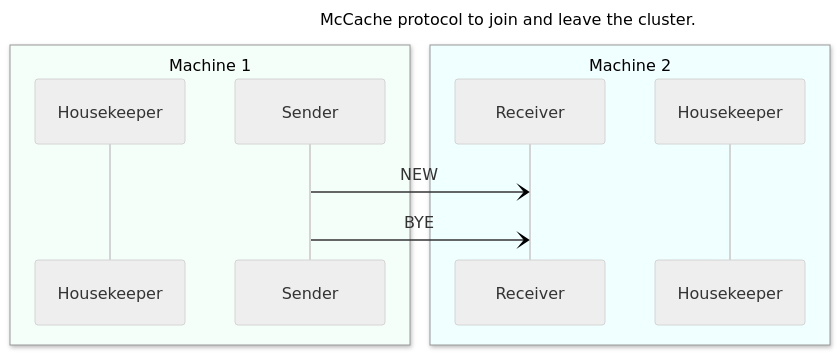
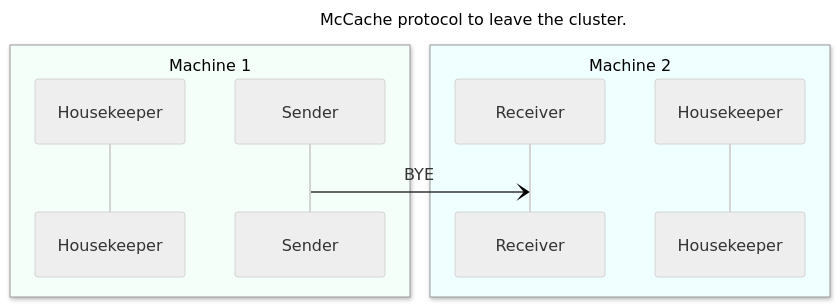
One commit to McCache/McCache-for-Python changed the second of 4 diagrams in docs/SEQUENCE.md. Above: the diagram before and after it, drawn with Mermaid (neutral theme). The commit also changed other lines of this file and 10 other files, not shown here.

````diff
--- a/docs/SEQUENCE.md
+++ b/docs/SEQUENCE.md
@@ -23,16 +43,15 @@
 ```mermaid
 ---
-title: McCache protocol to join and leave the cluster.
+title: McCache protocol to leave the cluster.
 ---
 sequenceDiagram
     box MintCream   Machine 1
     participant HS  as Housekeeper
     participant S   as Sender
     end
     box Azure  Machine 2
     participant R   as Receiver
     participant HR  as Housekeeper
     end
-    S -) R: NEW
     S -) R: BYE
 ```
````
